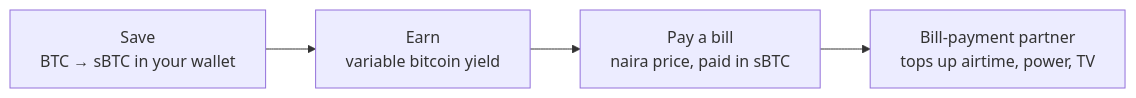
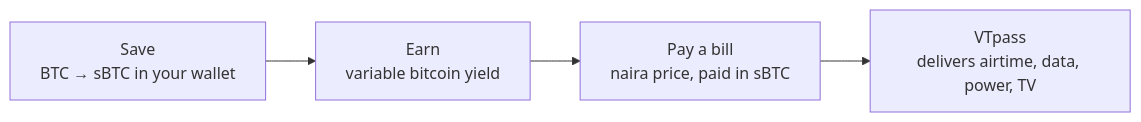
The first of 2 diagrams in README.md (Evangel90/Rack), drawn with Mermaid before and after one commit. The commit also changed other lines of this file and 2 other files, not shown here.

Commit message:
docs: update README with bill settlement, milestones, pilot and regulation; add MIT license

````diff
--- a/README.md
+++ b/README.md
@@ -30,6 +30,6 @@
 ```mermaid
 flowchart LR
     A[Save<br/>BTC → sBTC in your wallet] --> B[Earn<br/>variable bitcoin yield]
     B --> C[Pay a bill<br/>naira price, paid in sBTC]
-    C --> D[Bill-payment partner<br/>tops up airtime, power, TV]
+    C --> D[VTpass<br/>delivers airtime, data, power, TV]
 ```
````
